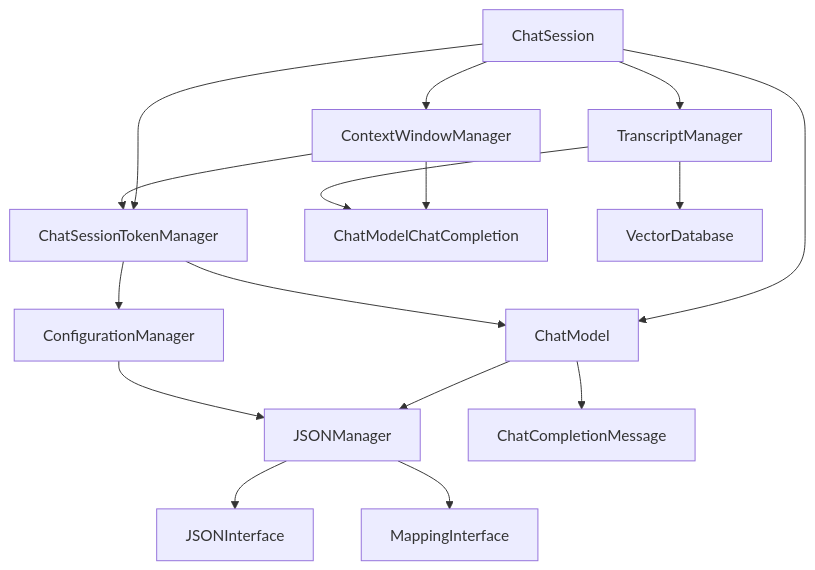
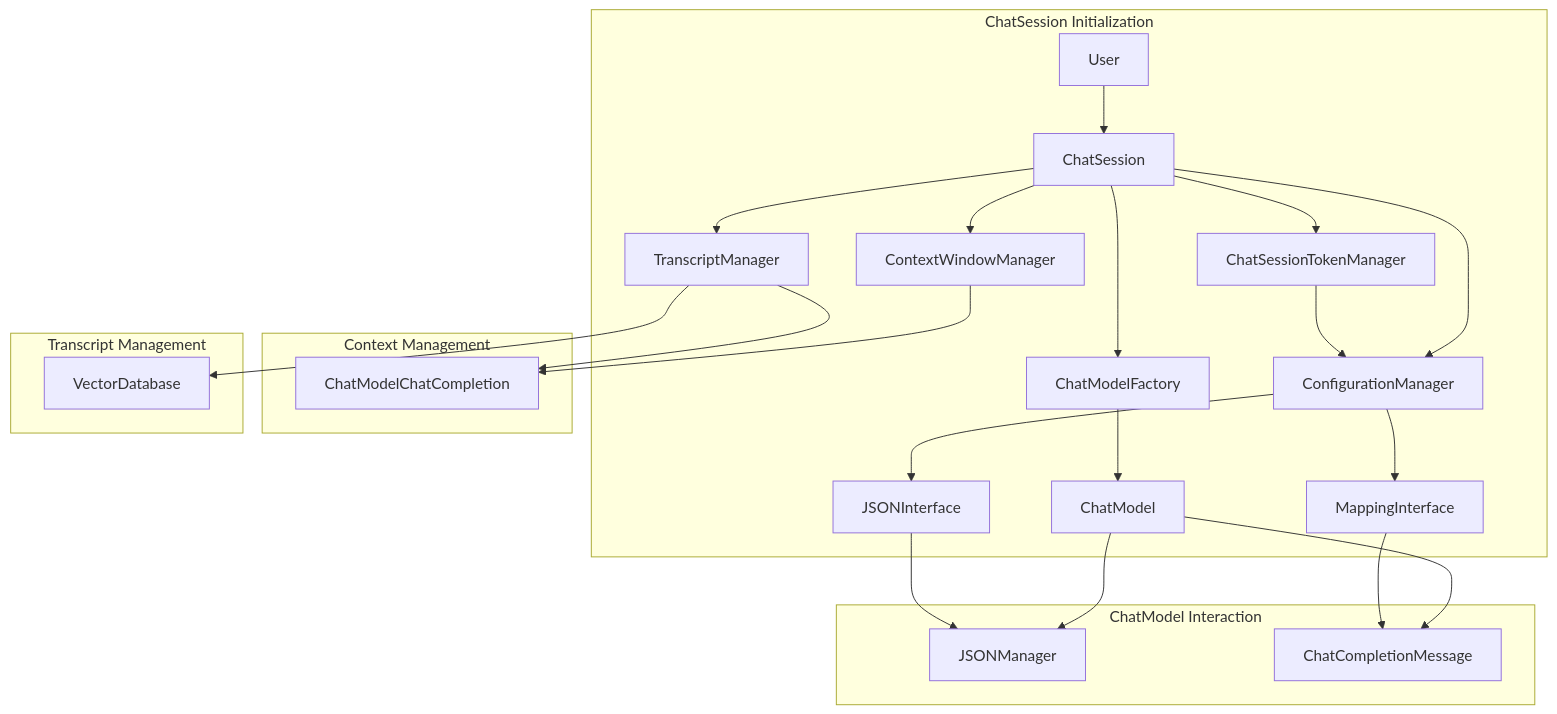
The diagram in docs/diagrams/mermaid/chat_session.mmd (teleprint-me/py.gpt.prompt), drawn with Mermaid before and after one commit.

Commit message:
refactor: Add subgroups and update flow sequence

```diff
--- a/docs/diagrams/mermaid/chat_session.mmd
+++ b/docs/diagrams/mermaid/chat_session.mmd
@@ -1,23 +1,31 @@
-graph TD
+flowchart TD
 
-    A[ChatSession] --> B[ChatModel]
-    A --> C[ChatSessionTokenManager]
-    A --> D[ContextWindowManager]
-    A --> E[TranscriptManager]
-    
-    B --> F[JSONManager]
-    B --> G[ChatCompletionMessage]
-    
-    C --> H[ConfigurationManager]
-    C --> B
-    
-    D --> I[ChatModelChatCompletion]
-    D --> C
-    
-    E --> I
-    E --> J[VectorDatabase]
+    subgraph ChatSession Initialization
+        User[User] --> ChatSession[ChatSession]
+        ChatSession --> ConfigurationManager[ConfigurationManager]
+        ConfigurationManager --> JSONInterface[JSONInterface]
+        ConfigurationManager --> MappingInterface[MappingInterface]
+        ChatSession --> ChatModelFactory[ChatModelFactory]
+        ChatModelFactory --> ChatModel[ChatModel]
+        ChatSession --> ChatSessionTokenManager[ChatSessionTokenManager]
+        ChatSession --> ContextWindowManager[ContextWindowManager]
+        ChatSession --> TranscriptManager[TranscriptManager]
+    end
 
-    F --> K[JSONInterface]
-    F --> L[MappingInterface]
-    
-    H --> F
+    subgraph ChatModel Interaction
+        ChatModel --> JSONManager[JSONManager]
+        ChatModel --> ChatCompletionMessage[ChatCompletionMessage]
+    end
+
+    subgraph Context Management
+        ContextWindowManager --> ChatModelChatCompletion[ChatModelChatCompletion]
+    end
+
+    subgraph Transcript Management
+        TranscriptManager --> ChatModelChatCompletion
+        TranscriptManager --> VectorDatabase[VectorDatabase]
+    end
+
+    JSONInterface --> JSONManager
+    MappingInterface --> ChatCompletionMessage
+    ChatSessionTokenManager --> ConfigurationManager
```
